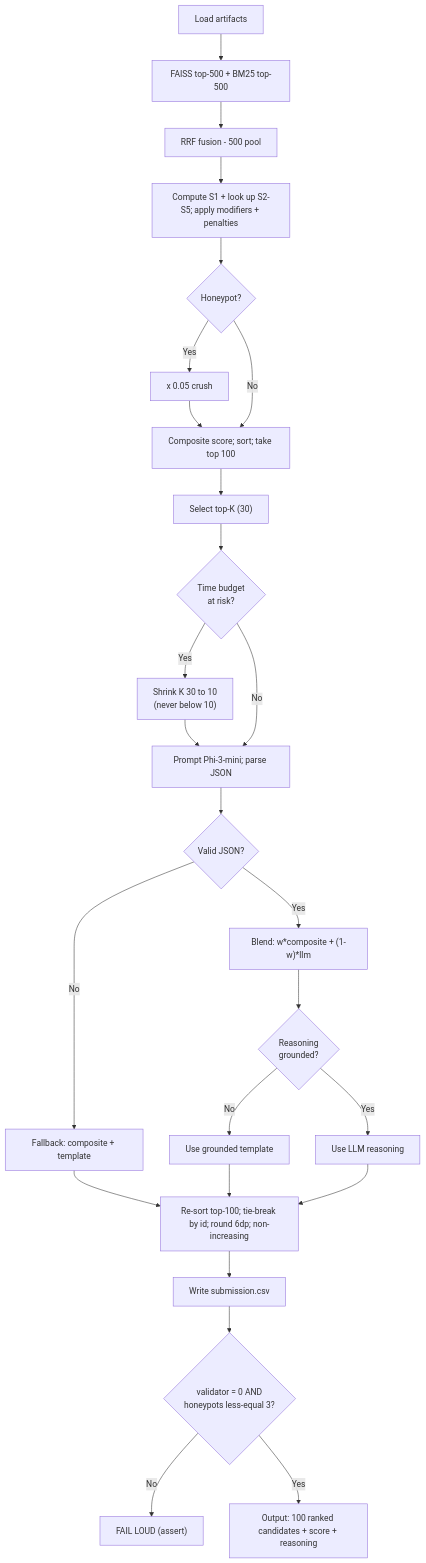
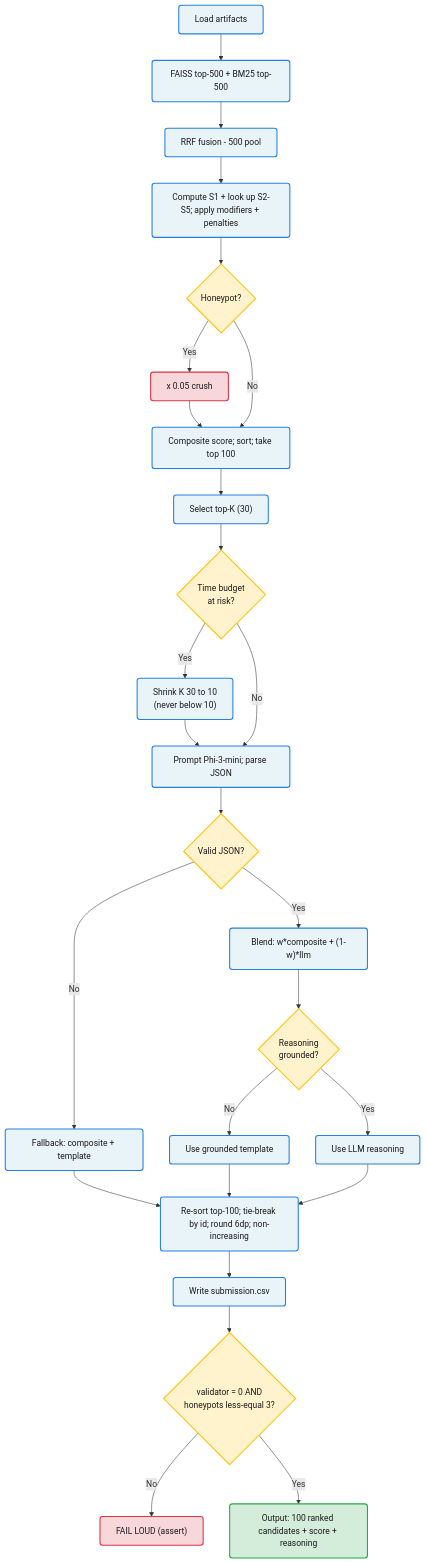
Before and after one commit to Mahakisore7/Red-Rob: the second of 2 diagrams in README.md, drawn with Mermaid. The commit also changed other lines of this file, not shown here.

Commit message:
style: improve visual clarity and formatting of Mermaid diagrams in README.md

````diff
--- a/README.md
+++ b/README.md
@@ -150,22 +150,27 @@
 ```mermaid
 flowchart TD
-  A["Load artifacts"] --> B["FAISS top-500 + BM25 top-500"] --> C["RRF fusion - 500 pool"]
-  C --> D["Compute S1 + look up S2-S5; apply modifiers + penalties"]
-  D --> E{"Honeypot?"}
-  E -- Yes --> F["x 0.05 crush"] --> G
-  E -- No --> G["Composite score; sort; take top 100"]
-  G --> H["Select top-K (30)"]
-  H --> I{"Time budget<br/>at risk?"}
-  I -- Yes --> J["Shrink K 30 to 10<br/>(never below 10)"] --> K
-  I -- No --> K["Prompt Phi-3-mini; parse JSON"]
-  K --> L{"Valid JSON?"}
-  L -- No --> M["Fallback: composite + template"] --> P
-  L -- Yes --> N["Blend: w*composite + (1-w)*llm"]
-  N --> O{"Reasoning<br/>grounded?"}
-  O -- No --> Q["Use grounded template"] --> P
-  O -- Yes --> R["Use LLM reasoning"] --> P
-  P["Re-sort top-100; tie-break by id; round 6dp; non-increasing"] --> S["Write submission.csv"]
-  S --> T{"validator = 0 AND<br/>honeypots less-equal 3?"}
-  T -- No --> U["FAIL LOUD (assert)"]
-  T -- Yes --> V["Output: 100 ranked candidates + score + reasoning"]
+  classDef process fill:#e8f4f8,stroke:#2780e3,color:#1a1a1a,stroke-width:2px,rx:5px,ry:5px
+  classDef decision fill:#fff3cd,stroke:#ffc107,color:#1a1a1a,stroke-width:2px,rx:5px,ry:5px
+  classDef terminal fill:#d4edda,stroke:#28a745,color:#1a1a1a,stroke-width:2px,rx:5px,ry:5px
+  classDef error fill:#f8d7da,stroke:#dc3545,color:#1a1a1a,stroke-width:2px,rx:5px,ry:5px
+
+  A["Load artifacts"]:::process --> B["FAISS top-500 + BM25 top-500"]:::process --> C["RRF fusion - 500 pool"]:::process
+  C --> D["Compute S1 + look up S2-S5; apply modifiers + penalties"]:::process
+  D --> E{"Honeypot?"}:::decision
+  E -- Yes --> F["x 0.05 crush"]:::error --> G
+  E -- No --> G["Composite score; sort; take top 100"]:::process
+  G --> H["Select top-K (30)"]:::process
+  H --> I{"Time budget<br/>at risk?"}:::decision
+  I -- Yes --> J["Shrink K 30 to 10<br/>(never below 10)"]:::process --> K
+  I -- No --> K["Prompt Phi-3-mini; parse JSON"]:::process
+  K --> L{"Valid JSON?"}:::decision
+  L -- No --> M["Fallback: composite + template"]:::process --> P
+  L -- Yes --> N["Blend: w*composite + (1-w)*llm"]:::process
+  N --> O{"Reasoning<br/>grounded?"}:::decision
+  O -- No --> Q["Use grounded template"]:::process --> P
+  O -- Yes --> R["Use LLM reasoning"]:::process --> P
+  P["Re-sort top-100; tie-break by id; round 6dp; non-increasing"]:::process --> S["Write submission.csv"]:::process
+  S --> T{"validator = 0 AND<br/>honeypots less-equal 3?"}:::decision
+  T -- No --> U["FAIL LOUD (assert)"]:::error
+  T -- Yes --> V["Output: 100 ranked candidates + score + reasoning"]:::terminal
 ```
````
